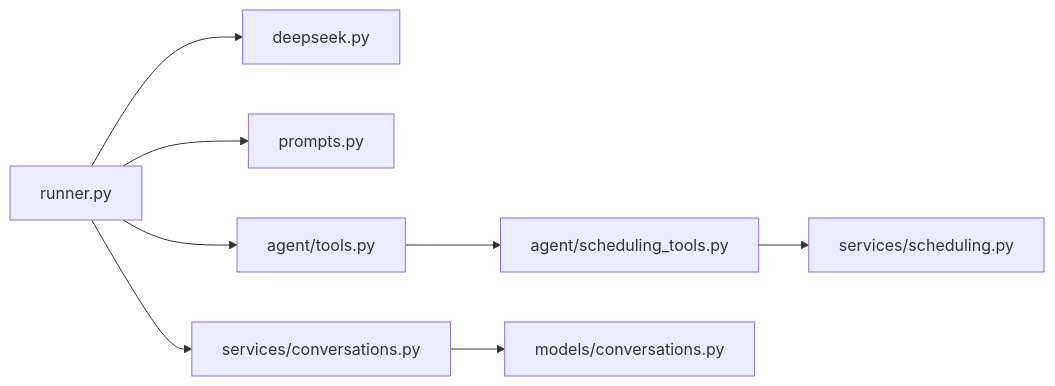
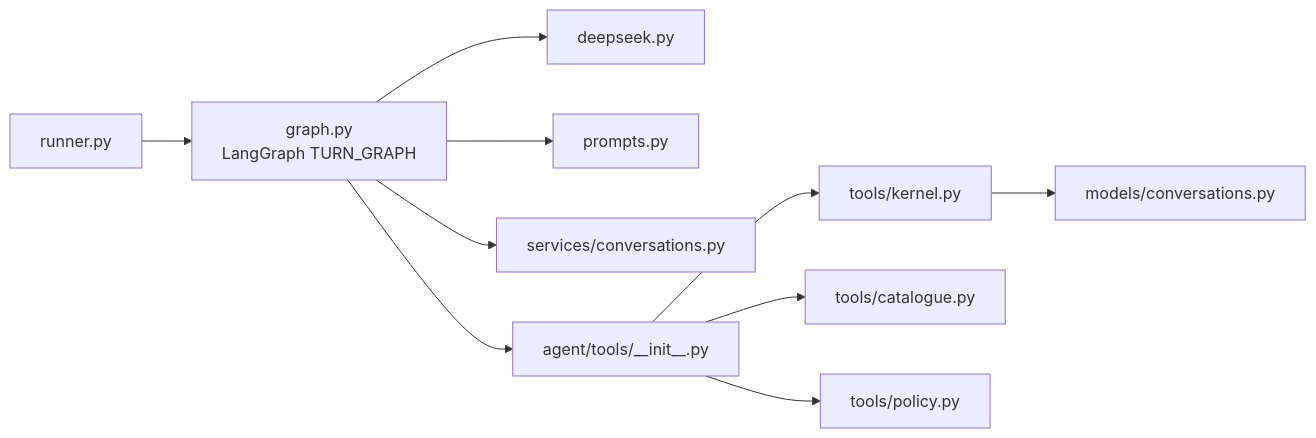
The fifth of 5 diagrams in .qoder/repowiki/en/content/AI Agent System/Conversation Runner/Conversation Runner.md (gokulkaarthicks/dental-chatbot), drawn with Mermaid before and after one commit. The commit also changed other lines of this file and 280 other files, not shown here.

````diff
--- a/.qoder/repowiki/en/content/AI Agent System/Conversation Runner/Conversation Runner.md
+++ b/.qoder/repowiki/en/content/AI Agent System/Conversation Runner/Conversation Runner.md
@@ -465,10 +462,12 @@
 ```mermaid
 graph LR
-Runner["runner.py"] --> DeepSeek["deepseek.py"]
-Runner --> Prompts["prompts.py"]
-Runner --> ConvSvc["services/conversations.py"]
-Runner --> Tools["agent/tools.py"]
-Tools --> SchedTools["agent/scheduling_tools.py"]
-SchedTools --> SchedSvc["services/scheduling.py"]
-ConvSvc --> ConvModel["models/conversations.py"]
+Runner["runner.py"] --> Graph["graph.py<br/>LangGraph TURN_GRAPH"]
+Graph --> DeepSeek["deepseek.py"]
+Graph --> Prompts["prompts.py"]
+Graph --> ConvSvc["services/conversations.py"]
+Graph --> ToolsPkg["agent/tools/__init__.py"]
+ToolsPkg --> Kernel["tools/kernel.py"]
+ToolsPkg --> Catalogue["tools/catalogue.py"]
+ToolsPkg --> Policy["tools/policy.py"]
+Kernel --> Models["models/conversations.py"]
 ```
````
